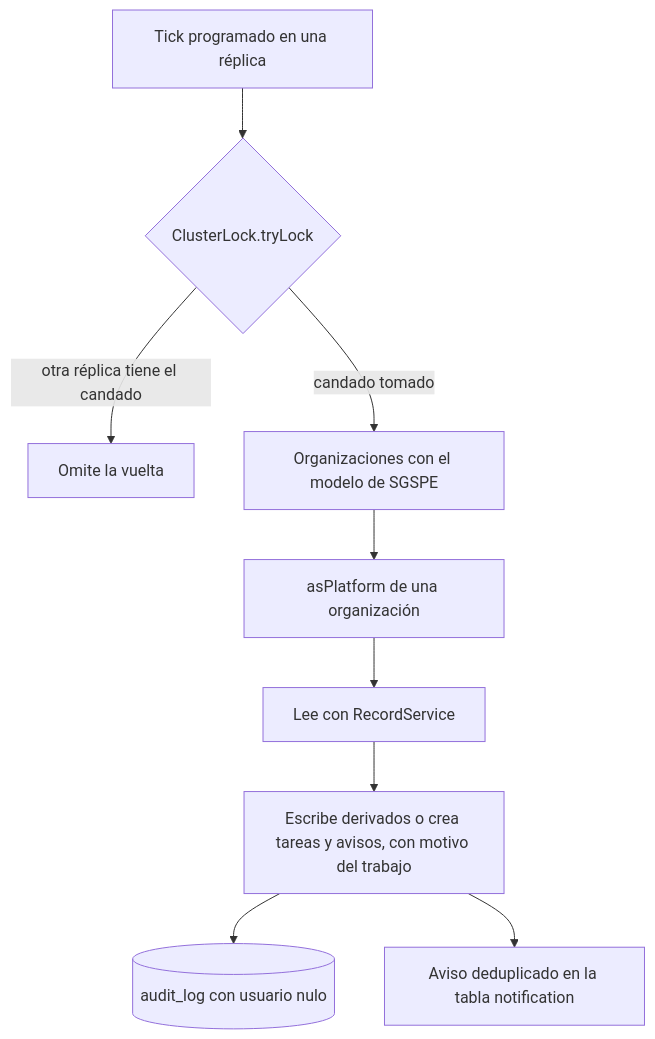
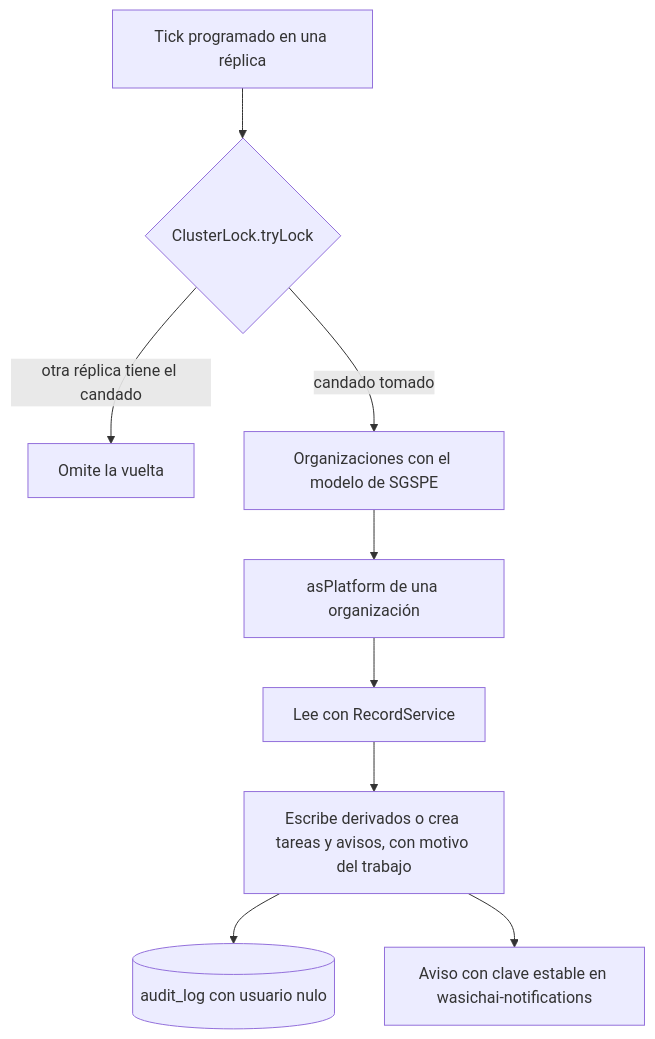
Before and after one commit to wasichai/sgspe: the seventh of 8 diagrams in docs/architecture.md, drawn with Mermaid. The commit also changed other lines of this file and 1 other file, not shown here.

````diff
--- a/docs/architecture.md
+++ b/docs/architecture.md
@@ -517,11 +536,11 @@
 ```mermaid
 flowchart TD
     T["Tick programado en una réplica"] --> L{"ClusterLock.tryLock"}
     L -->|"otra réplica tiene el candado"| X["Omite la vuelta"]
     L -->|"candado tomado"| O["Organizaciones con el modelo de SGSPE"]
     O --> P["asPlatform de una organización"]
     P --> Q["Lee con RecordService"]
     Q --> W["Escribe derivados o crea tareas y avisos, con motivo del trabajo"]
     W --> A[("audit_log con usuario nulo")]
-    W --> N["Aviso deduplicado en la tabla notification"]
+    W --> N["Aviso con clave estable en wasichai-notifications"]
 ```
````
